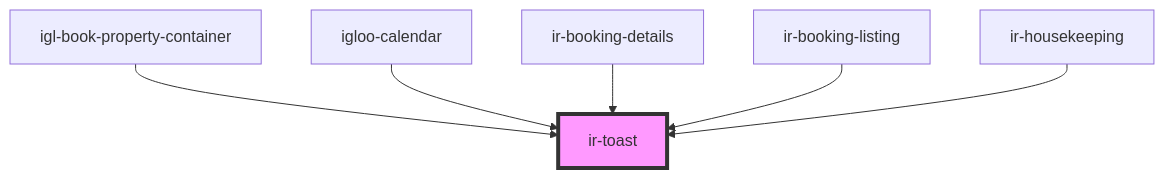
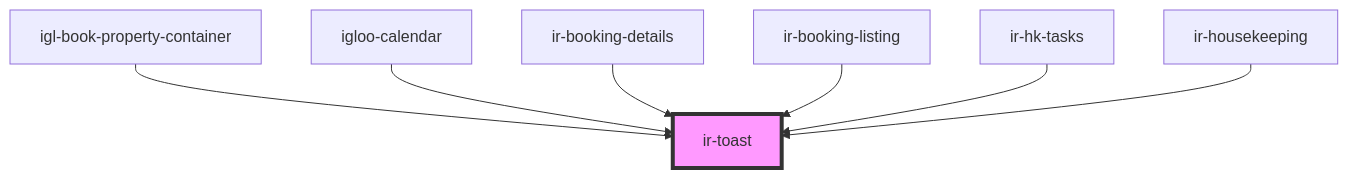
The diagram in src/components/ir-toast/readme.md (David1Chowaifaty/modified-ir-webcmp), drawn with Mermaid before and after one commit. The commit also changed other lines of this file and 16 other files, not shown here.

````diff
--- a/src/components/ir-toast/readme.md
+++ b/src/components/ir-toast/readme.md
@@ -26,9 +27,10 @@
 ```mermaid
 graph TD;
   igl-book-property-container --> ir-toast
   igloo-calendar --> ir-toast
   ir-booking-details --> ir-toast
   ir-booking-listing --> ir-toast
+  ir-hk-tasks --> ir-toast
   ir-housekeeping --> ir-toast
   style ir-toast fill:#f9f,stroke:#333,stroke-width:4px
 ```
````
